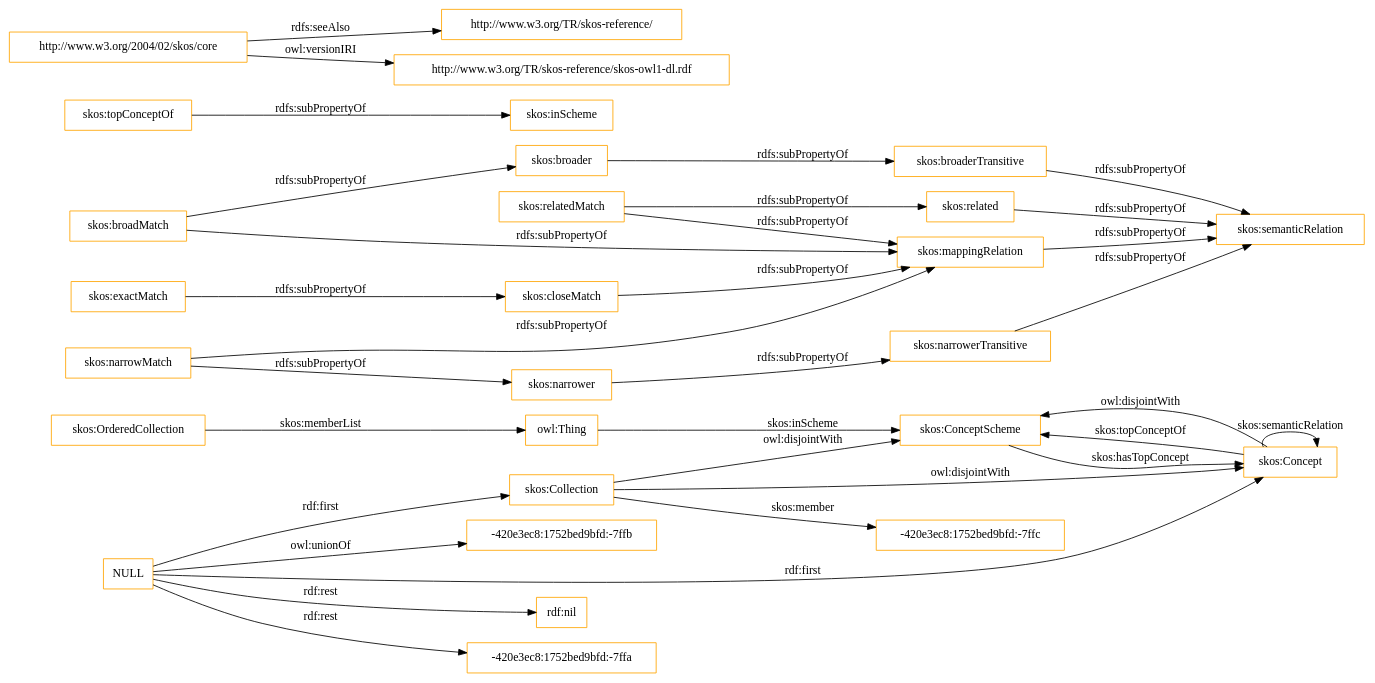
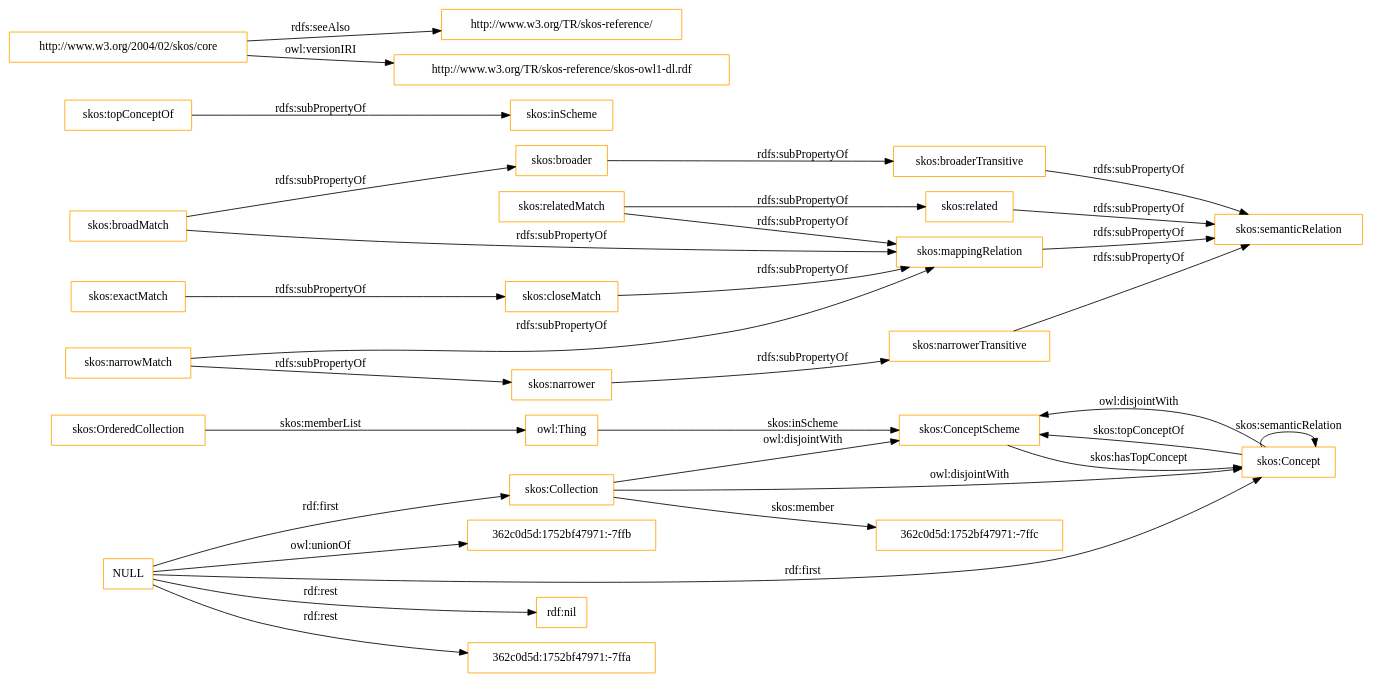
One commit to OnToologyUser/core-ontology-1 changed the diagram in OnToology/imports/skos.owl/diagrams/ar2dtool-class/skos.owl.png.dot. Above: the diagram before and after it, drawn with Graphviz. The commit also changed 14 other files, not shown here.

```diff
--- a/OnToology/imports/skos.owl/diagrams/ar2dtool-class/skos.owl.png.dot
+++ b/OnToology/imports/skos.owl/diagrams/ar2dtool-class/skos.owl.png.dot
@@ -1,37 +1,37 @@
 digraph ar2dtool_diagram { 
 rankdir=LR;
 size="1501"
-node [shape = rectangle, color="orange"]; "skos:OrderedCollection" "skos:ConceptScheme" "skos:Concept" "skos:Collection" "-420e3ec8:1752bed9bfd:-7ffc" ; /*classes style*/
+node [shape = rectangle, color="orange"]; "skos:OrderedCollection" "skos:ConceptScheme" "skos:Concept" "skos:Collection" "362c0d5d:1752bf47971:-7ffc" ; /*classes style*/
 	"skos:narrowerTransitive" -> "skos:semanticRelation" [ label = "rdfs:subPropertyOf" ];
 	"NULL" -> "rdf:nil" [ label = "rdf:rest" ];
 	"NULL" -> "skos:Concept" [ label = "rdf:first" ];
-	"NULL" -> "-420e3ec8:1752bed9bfd:-7ffa" [ label = "rdf:rest" ];
+	"NULL" -> "362c0d5d:1752bf47971:-7ffa" [ label = "rdf:rest" ];
 	"NULL" -> "skos:Collection" [ label = "rdf:first" ];
-	"NULL" -> "-420e3ec8:1752bed9bfd:-7ffb" [ label = "owl:unionOf" ];
+	"NULL" -> "362c0d5d:1752bf47971:-7ffb" [ label = "owl:unionOf" ];
 	"skos:closeMatch" -> "skos:mappingRelation" [ label = "rdfs:subPropertyOf" ];
 	"skos:Concept" -> "skos:ConceptScheme" [ label = "owl:disjointWith" ];
 	"skos:relatedMatch" -> "skos:related" [ label = "rdfs:subPropertyOf" ];
 	"skos:relatedMatch" -> "skos:mappingRelation" [ label = "rdfs:subPropertyOf" ];
 	"skos:related" -> "skos:semanticRelation" [ label = "rdfs:subPropertyOf" ];
 	"skos:topConceptOf" -> "skos:inScheme" [ label = "rdfs:subPropertyOf" ];
 	"skos:broadMatch" -> "skos:mappingRelation" [ label = "rdfs:subPropertyOf" ];
 	"skos:broadMatch" -> "skos:broader" [ label = "rdfs:subPropertyOf" ];
 	"skos:exactMatch" -> "skos:closeMatch" [ label = "rdfs:subPropertyOf" ];
 	"skos:broaderTransitive" -> "skos:semanticRelation" [ label = "rdfs:subPropertyOf" ];
 	"skos:broader" -> "skos:broaderTransitive" [ label = "rdfs:subPropertyOf" ];
 	"skos:mappingRelation" -> "skos:semanticRelation" [ label = "rdfs:subPropertyOf" ];
 	"http://www.w3.org/2004/02/skos/core" -> "http://www.w3.org/TR/skos-reference/" [ label = "rdfs:seeAlso" ];
 	"http://www.w3.org/2004/02/skos/core" -> "http://www.w3.org/TR/skos-reference/skos-owl1-dl.rdf" [ label = "owl:versionIRI" ];
 	"skos:Collection" -> "skos:ConceptScheme" [ label = "owl:disjointWith" ];
 	"skos:Collection" -> "skos:Concept" [ label = "owl:disjointWith" ];
 	"skos:narrower" -> "skos:narrowerTransitive" [ label = "rdfs:subPropertyOf" ];
 	"skos:narrowMatch" -> "skos:narrower" [ label = "rdfs:subPropertyOf" ];
 	"skos:narrowMatch" -> "skos:mappingRelation" [ label = "rdfs:subPropertyOf" ];
 	"skos:OrderedCollection" -> "owl:Thing" [ label = "skos:memberList" ];
 	"skos:Concept" -> "skos:ConceptScheme" [ label = "skos:topConceptOf" ];
 	"skos:Concept" -> "skos:Concept" [ label = "skos:semanticRelation" ];
-	"skos:Collection" -> "-420e3ec8:1752bed9bfd:-7ffc" [ label = "skos:member" ];
+	"skos:Collection" -> "362c0d5d:1752bf47971:-7ffc" [ label = "skos:member" ];
 	"skos:ConceptScheme" -> "skos:Concept" [ label = "skos:hasTopConcept" ];
 	"owl:Thing" -> "skos:ConceptScheme" [ label = "skos:inScheme" ];
 
 }
```
